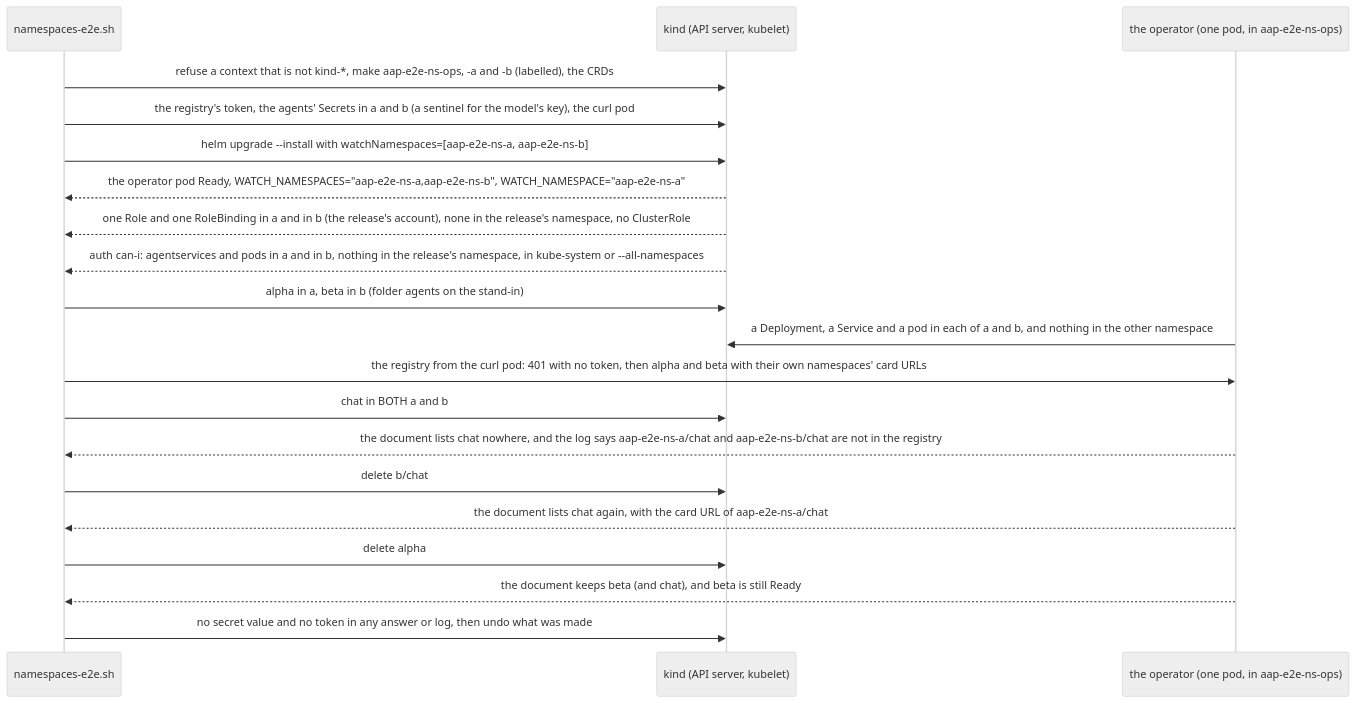
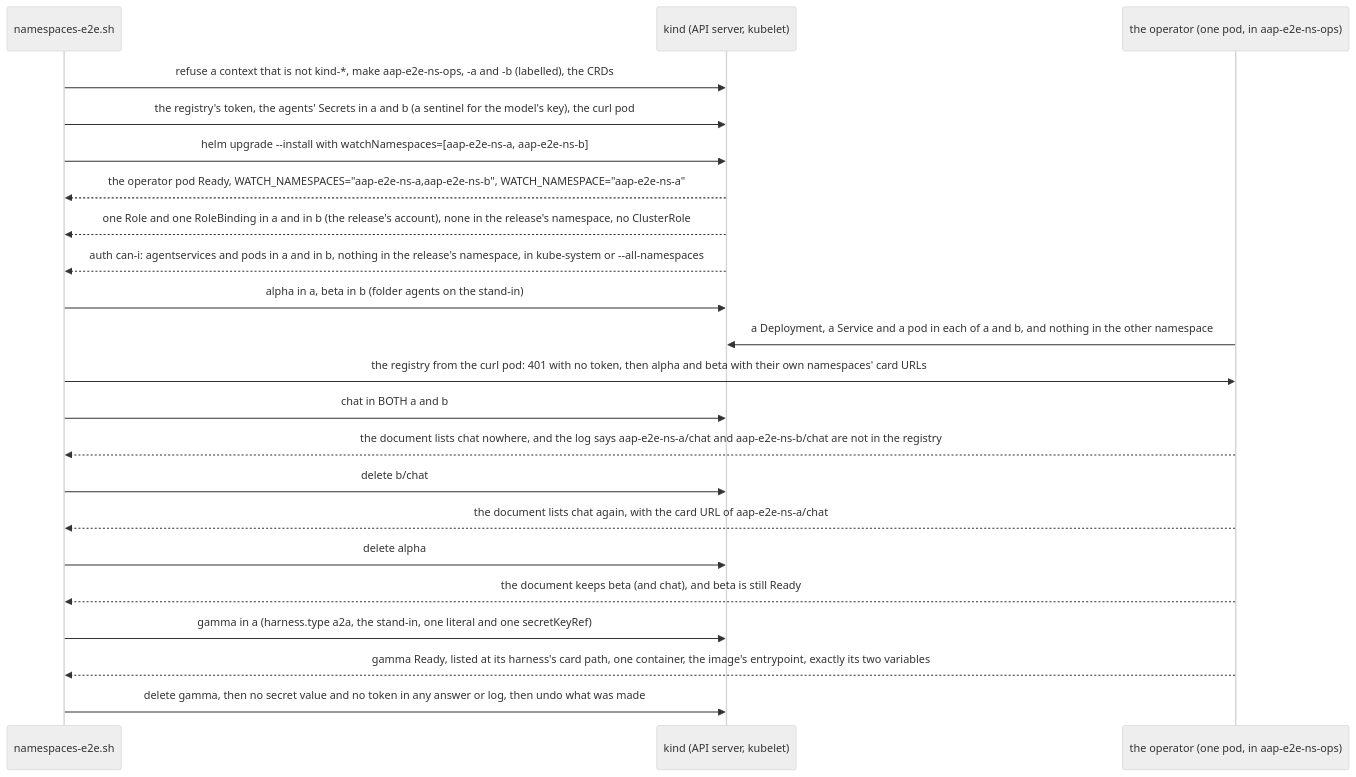
The ninth of 12 diagrams in deploy/operator/tests/e2e/README.md (vymalo/another-agentic-platform), drawn with Mermaid (neutral theme) before and after one commit. The commit also changed other lines of this file and 43 other files, not shown here.

````diff
--- a/deploy/operator/tests/e2e/README.md
+++ b/deploy/operator/tests/e2e/README.md
@@ -576,23 +579,25 @@
 ```mermaid
 sequenceDiagram
     participant J as namespaces-e2e.sh
     participant K as kind (API server, kubelet)
     participant O as the operator (one pod, in aap-e2e-ns-ops)
 
     J->>K: refuse a context that is not kind-*, make aap-e2e-ns-ops, -a and -b (labelled), the CRDs
     J->>K: the registry's token, the agents' Secrets in a and b (a sentinel for the model's key), the curl pod
     J->>K: helm upgrade --install with watchNamespaces=[aap-e2e-ns-a, aap-e2e-ns-b]
     K-->>J: the operator pod Ready, WATCH_NAMESPACES="aap-e2e-ns-a,aap-e2e-ns-b", WATCH_NAMESPACE="aap-e2e-ns-a"
     K-->>J: one Role and one RoleBinding in a and in b (the release's account), none in the release's namespace, no ClusterRole
     K-->>J: auth can-i: agentservices and pods in a and in b, nothing in the release's namespace, in kube-system or --all-namespaces
     J->>K: alpha in a, beta in b (folder agents on the stand-in)
     O->>K: a Deployment, a Service and a pod in each of a and b, and nothing in the other namespace
     J->>O: the registry from the curl pod: 401 with no token, then alpha and beta with their own namespaces' card URLs
     J->>K: chat in BOTH a and b
     O-->>J: the document lists chat nowhere, and the log says aap-e2e-ns-a/chat and aap-e2e-ns-b/chat are not in the registry
     J->>K: delete b/chat
     O-->>J: the document lists chat again, with the card URL of aap-e2e-ns-a/chat
     J->>K: delete alpha
     O-->>J: the document keeps beta (and chat), and beta is still Ready
-    J->>K: no secret value and no token in any answer or log, then undo what was made
+    J->>K: gamma in a (harness.type a2a, the stand-in, one literal and one secretKeyRef)
+    O-->>J: gamma Ready, listed at its harness's card path, one container, the image's entrypoint, exactly its two variables
+    J->>K: delete gamma, then no secret value and no token in any answer or log, then undo what was made
 ```
````
